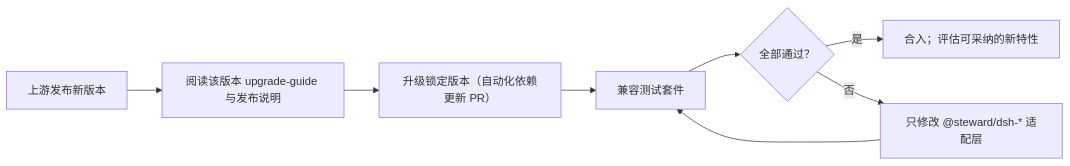
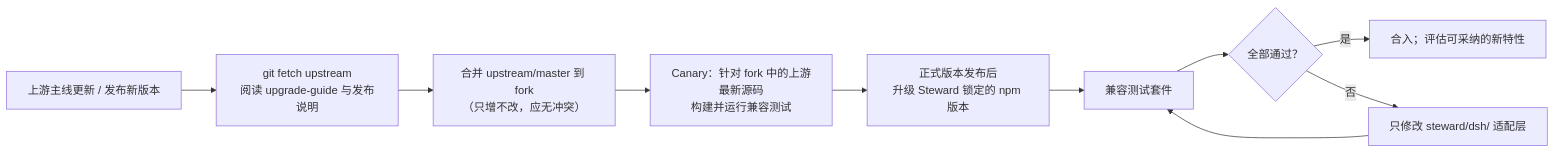
One commit to Siliconagent218/steward changed the tenth of 10 diagrams in steward.md. Above: the diagram before and after it, drawn with Mermaid. The commit also changed other lines of this file, not shown here.

````diff
--- a/steward.md
+++ b/steward.md
@@ -601,10 +836,12 @@
 ```mermaid
 flowchart LR
-  A["上游发布新版本"] --> B["阅读该版本 upgrade-guide 与发布说明"]
-  B --> C["升级锁定版本（自动化依赖更新 PR）"]
-  C --> D["兼容测试套件"]
-  D --> E{"全部通过？"}
-  E -- 是 --> F["合入；评估可采纳的新特性"]
-  E -- 否 --> G["只修改 @steward/dsh-* 适配层"]
-  G --> D
+  A["上游主线更新 / 发布新版本"] --> B["git fetch upstream<br/>阅读 upgrade-guide 与发布说明"]
+  B --> C["合并 upstream/master 到 fork<br/>（只增不改，应无冲突）"]
+  C --> D["Canary：针对 fork 中的上游最新源码<br/>构建并运行兼容测试"]
+  D --> E["正式版本发布后<br/>升级 Steward 锁定的 npm 版本"]
+  E --> F["兼容测试套件"]
+  F --> G{"全部通过？"}
+  G -- 是 --> H["合入；评估可采纳的新特性"]
+  G -- 否 --> I["只修改 steward/dsh/ 适配层"]
+  I --> F
 ```
````
